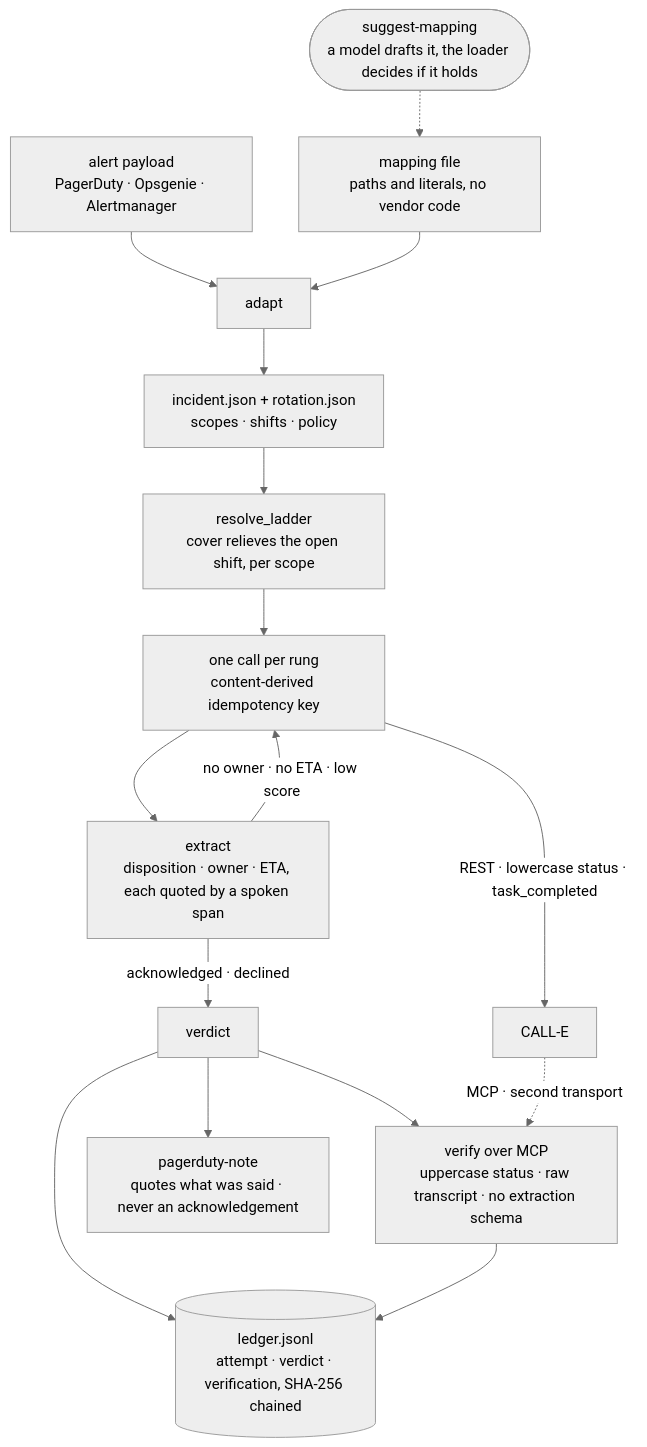
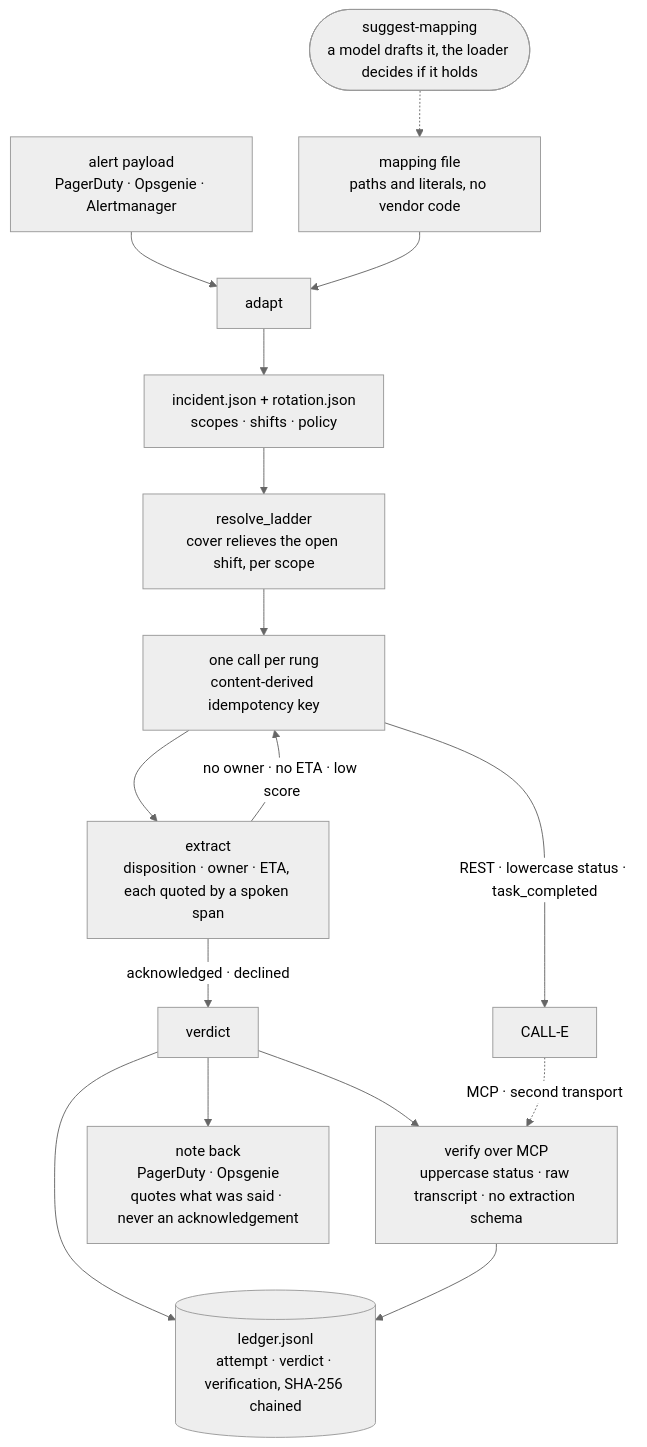
One commit to gmassello/ringdown changed the diagram in README.md. Above: the diagram before and after it, drawn with Mermaid (neutral theme). The commit also changed other lines of this file and 10 other files, not shown here.

Commit message:
Write the verdict back to Opsgenie as well as PagerDuty

````diff
--- a/README.md
+++ b/README.md
@@ -116,18 +116,18 @@
 ```mermaid
 flowchart TD
     ALERT["alert payload<br/>PagerDuty · Opsgenie · Alertmanager"] --> ADAPT["adapt"]
     MAP["mapping file<br/>paths and literals, no vendor code"] --> ADAPT
     MODEL(["suggest-mapping<br/>a model drafts it, the loader decides if it holds"]) -.-> MAP
     ADAPT --> INC["incident.json + rotation.json<br/>scopes · shifts · policy"]
     INC --> LADDER["resolve_ladder<br/>cover relieves the open shift, per scope"]
     LADDER --> CALL["one call per rung<br/>content-derived idempotency key"]
     CALL -->|"REST · lowercase status · task_completed"| CALLE["CALL-E"]
     CALL --> EXTRACT["extract<br/>disposition · owner · ETA, each quoted by a spoken span"]
     EXTRACT -->|"acknowledged · declined"| VERDICT["verdict"]
     EXTRACT -->|"no owner · no ETA · low score"| CALL
     VERDICT --> AUDIT["verify over MCP<br/>uppercase status · raw transcript · no extraction schema"]
     VERDICT --> LEDGER[("ledger.jsonl<br/>attempt · verdict · verification, SHA-256 chained")]
     AUDIT --> LEDGER
     CALLE -.->|"MCP · second transport"| AUDIT
-    VERDICT --> NOTE["pagerduty-note<br/>quotes what was said · never an acknowledgement"]
+    VERDICT --> NOTE["note back<br/>PagerDuty · Opsgenie<br/>quotes what was said · never an acknowledgement"]
 ```
````
